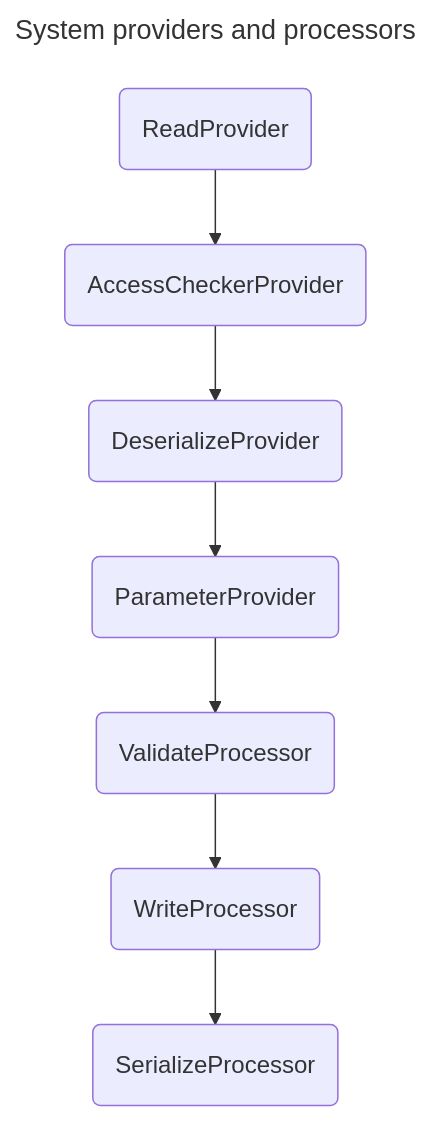
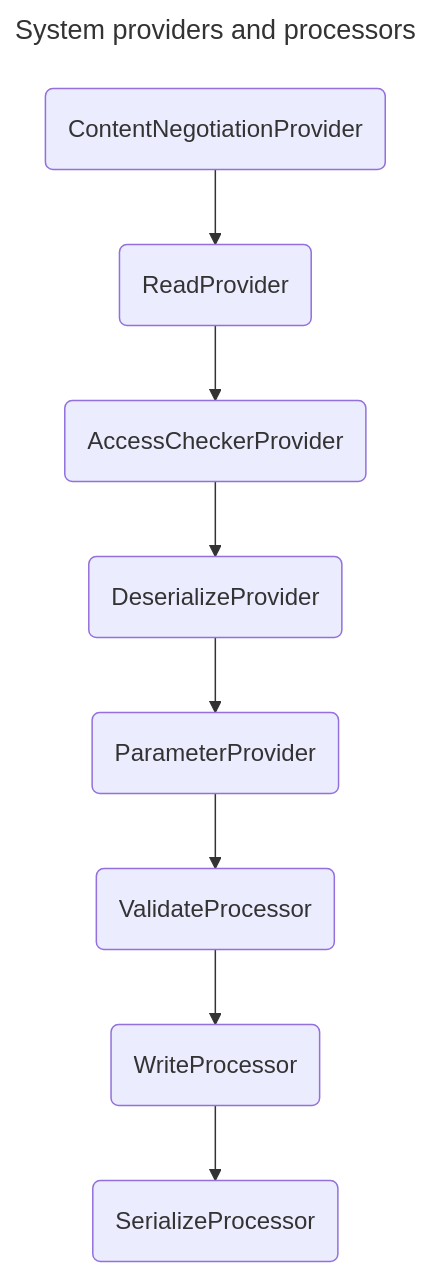
The diagram in core/extending.md (api-platform/docs), drawn with Mermaid before and after one commit.

Commit message:
fix(extending): add missing internal ContentNegotiationProvider
Add missing internal ContentNegotiationProvider in `System providers and processors` diagram.

````diff
--- a/core/extending.md
+++ b/core/extending.md
@@ -46,12 +46,13 @@
 ```mermaid
 ---
 title: System providers and processors
 ---
 flowchart TB
-    C1(ReadProvider) --> C2(AccessCheckerProvider)
-    C2 --> C3(DeserializeProvider)
-    C3 --> C4(ParameterProvider)
-    C4 --> C5(ValidateProcessor)
-    C5 --> C6(WriteProcessor)
-    C6 --> C7(SerializeProcessor)
+    C1(ContentNegotiationProvider) --> C2(ReadProvider)
+    C2 --> C3(AccessCheckerProvider)
+    C3 --> C4(DeserializeProvider)
+    C4 --> C5(ParameterProvider)
+    C5 --> C6(ValidateProcessor)
+    C6 --> C7(WriteProcessor)
+    C7 --> C8(SerializeProcessor)
 ```
````
